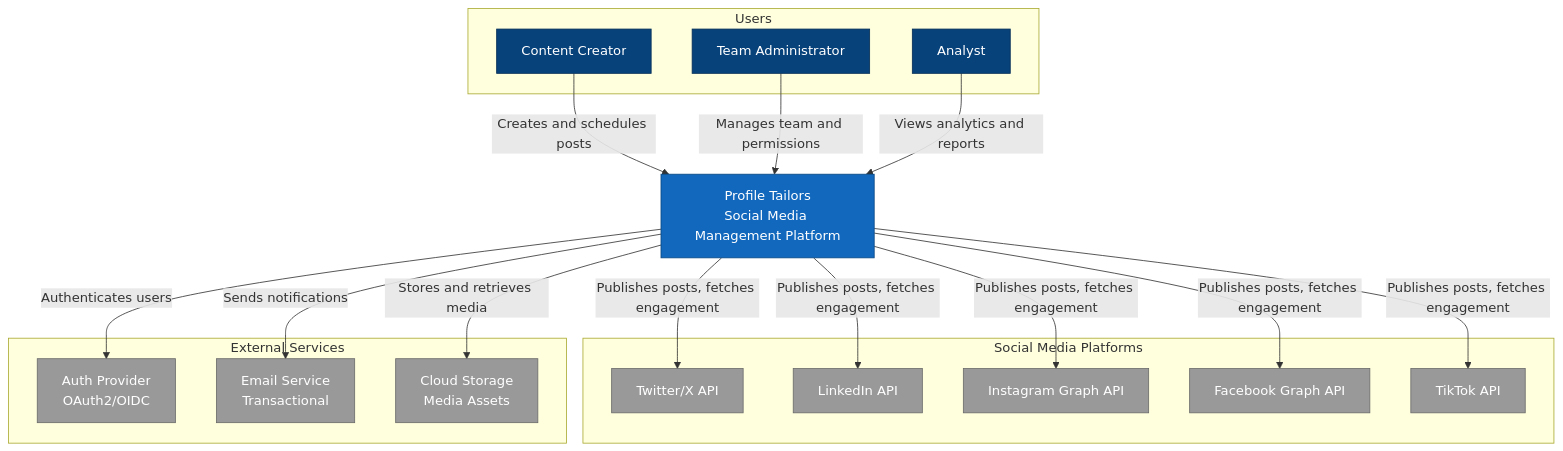
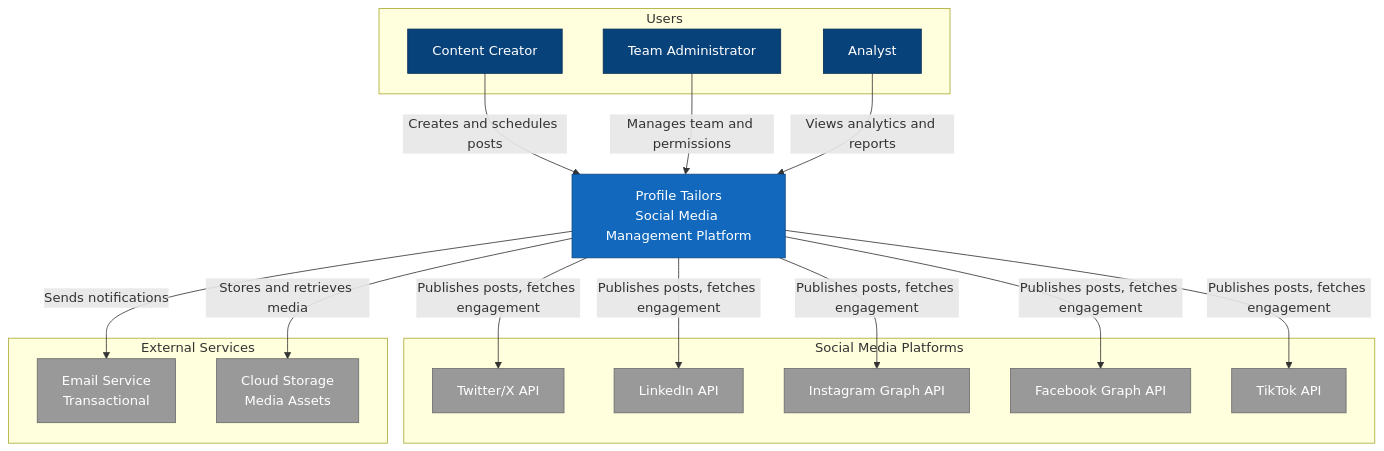
The second of 2 diagrams in docs/architecture/c4/01-system-context.md (dallay/profiletailors.com), drawn with Mermaid before and after one commit. The commit also changed other lines of this file and 11 other files, not shown here.

First line of the commit message:
docs(architecture): synchronize C4 models and ADRs with code evidence

````diff
--- a/docs/architecture/c4/01-system-context.md
+++ b/docs/architecture/c4/01-system-context.md
@@ -61,46 +59,44 @@
 ```mermaid
 graph TB
     subgraph "Users"
         CC[Content Creator]
         TA[Team Administrator]
         AN[Analyst]
     end
 
     PT[Profile Tailors<br/>Social Media Management Platform]
 
     subgraph "Social Media Platforms"
         TW[Twitter/X API]
         LI[LinkedIn API]
         IG[Instagram Graph API]
         FB[Facebook Graph API]
         TT[TikTok API]
     end
 
     subgraph "External Services"
-        AUTH[Auth Provider<br/>OAuth2/OIDC]
         EMAIL[Email Service<br/>Transactional]
         STORAGE[Cloud Storage<br/>Media Assets]
     end
 
     CC -->|Creates and schedules posts| PT
     TA -->|Manages team and permissions| PT
     AN -->|Views analytics and reports| PT
 
     PT -->|Publishes posts, fetches engagement| TW
     PT -->|Publishes posts, fetches engagement| LI
     PT -->|Publishes posts, fetches engagement| IG
     PT -->|Publishes posts, fetches engagement| FB
     PT -->|Publishes posts, fetches engagement| TT
 
-    PT -->|Authenticates users| AUTH
     PT -->|Sends notifications| EMAIL
     PT -->|Stores and retrieves media| STORAGE
 
     classDef userStyle fill:#08427B,stroke:#052E56,color:#fff
     classDef systemStyle fill:#1168BD,stroke:#0B4884,color:#fff
     classDef externalStyle fill:#999999,stroke:#6B6B6B,color:#fff
 
     class CC,TA,AN userStyle
     class PT systemStyle
-    class TW,LI,IG,FB,TT,AUTH,EMAIL,STORAGE externalStyle
+    class TW,LI,IG,FB,TT,EMAIL,STORAGE externalStyle
 ```
````
